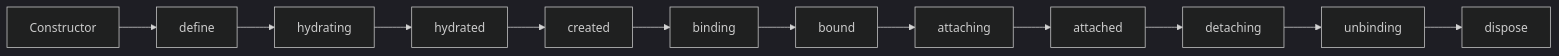
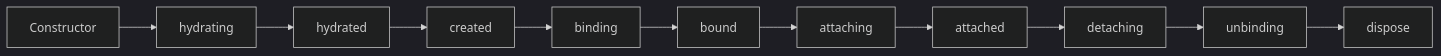
The diagram in docs/user-docs/components/component-lifecycles.md (aurelia/aurelia), drawn with Mermaid (dark theme) before and after one commit. The commit also changed other lines of this file and 7 other files, not shown here.

````diff
--- a/docs/user-docs/components/component-lifecycles.md
+++ b/docs/user-docs/components/component-lifecycles.md
@@ -15,4 +15,4 @@
 ```mermaid
 flowchart LR
-  ctor["Constructor"] --> define --> hydrating --> hydrated --> created --> binding --> bound --> attaching --> attached --> detaching --> unbinding --> dispose
+  ctor["Constructor"] --> hydrating --> hydrated --> created --> binding --> bound --> attaching --> attached --> detaching --> unbinding --> dispose
 ```
````
